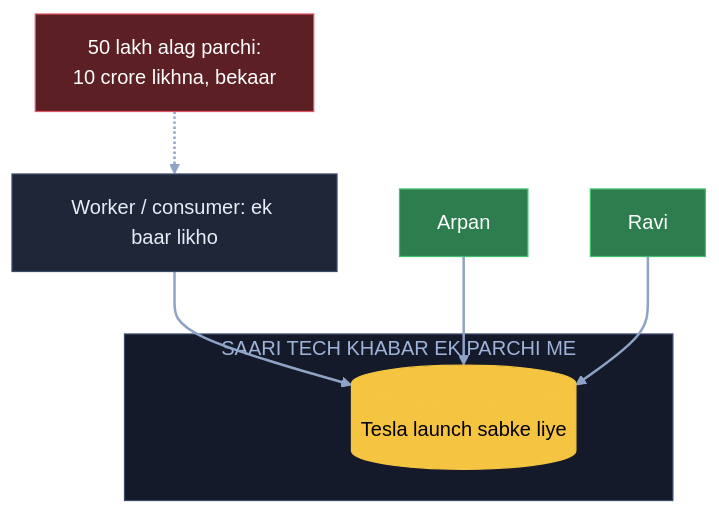
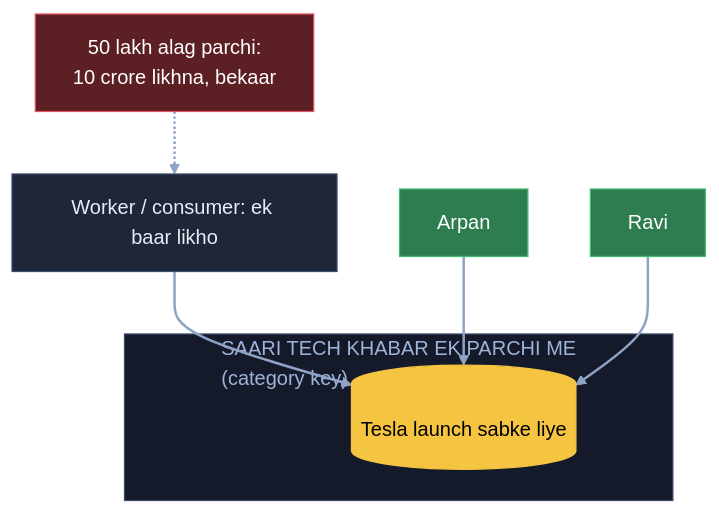
The eighth of 14 diagrams in 04_HLD/SYSTEM_DESIGNS/08_news_aggregator/08_news_aggregator.md (ArpanMaheshwari144/Prep), drawn with Mermaid before and after one commit. The commit also changed other lines of this file and 20 other files, not shown here.

Commit message:
HLD main files: diagram me kahani shabd + bracket me asli naam (21 design, 182 label)

````diff
--- a/04_HLD/SYSTEM_DESIGNS/08_news_aggregator/08_news_aggregator.md
+++ b/04_HLD/SYSTEM_DESIGNS/08_news_aggregator/08_news_aggregator.md
@@ -305,20 +305,20 @@
 ```mermaid
 flowchart TB
     X["50 lakh alag parchi:<br/>10 crore likhna, bekaar"]:::bad
     W["Worker / consumer: ek baar likho"]:::card
-    subgraph ET["SAARI TECH KHABAR EK PARCHI ME"]
+    subgraph ET["SAARI TECH KHABAR EK PARCHI ME<br/>(category key)"]
         T[("Tesla launch sabke liye")]:::pill
     end
     A["Arpan"]:::good
     R["Ravi"]:::good
     X -.-> W
     W --> T
     A --> T
     R --> T
     linkStyle default stroke:#8fa3c7,stroke-width:2px
     classDef card fill:#1e2638,stroke:#3a4a6b,color:#e8ecf5
     classDef pill fill:#f5c542,stroke:#f5c542,color:#000
     classDef good fill:#2e7d4f,stroke:#3fbf6f,color:#fff
     classDef bad fill:#5c1f24,stroke:#e05561,color:#fff
     style ET fill:#141a29,stroke:#3a4a6b,color:#9fb3d9
 ```
````
